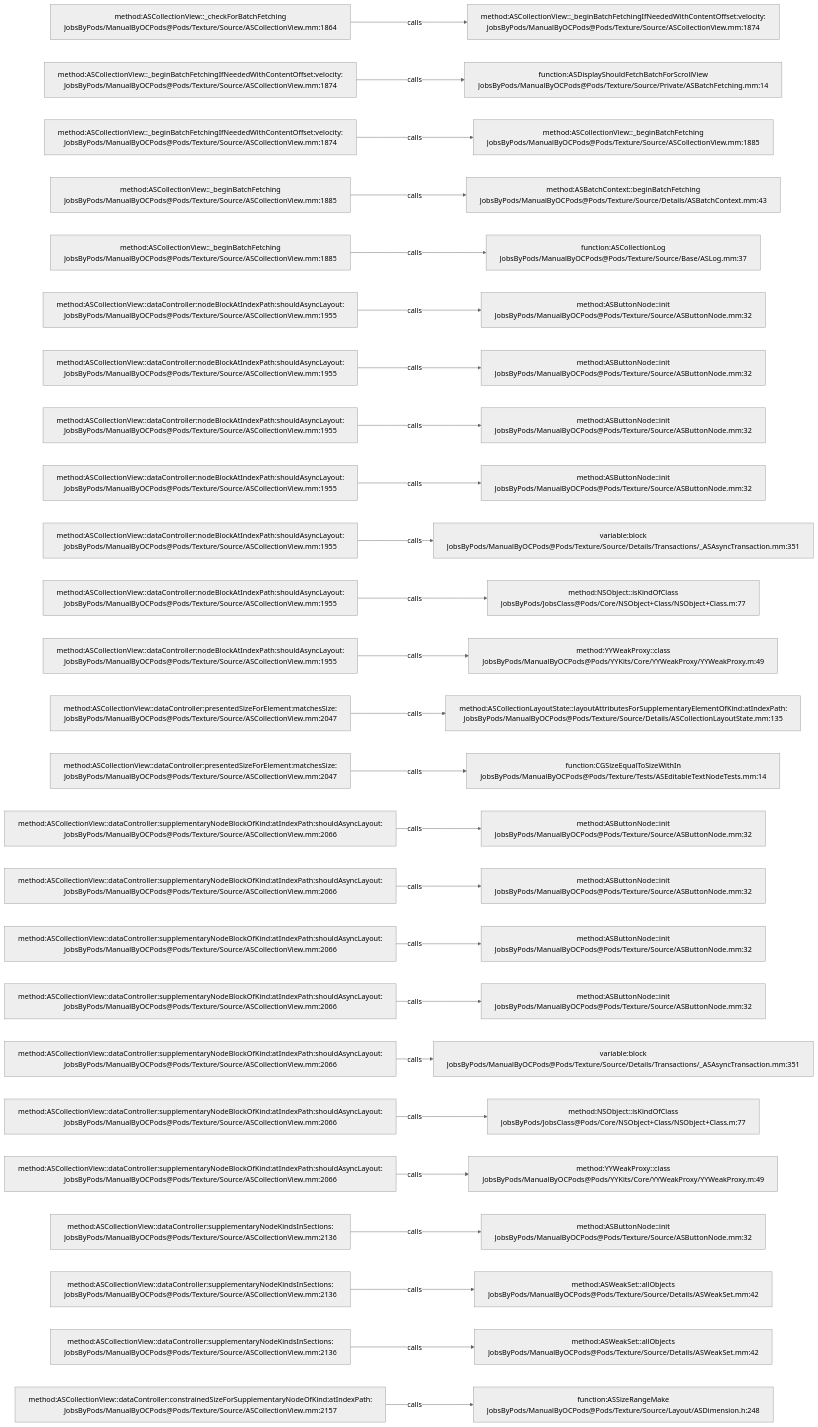
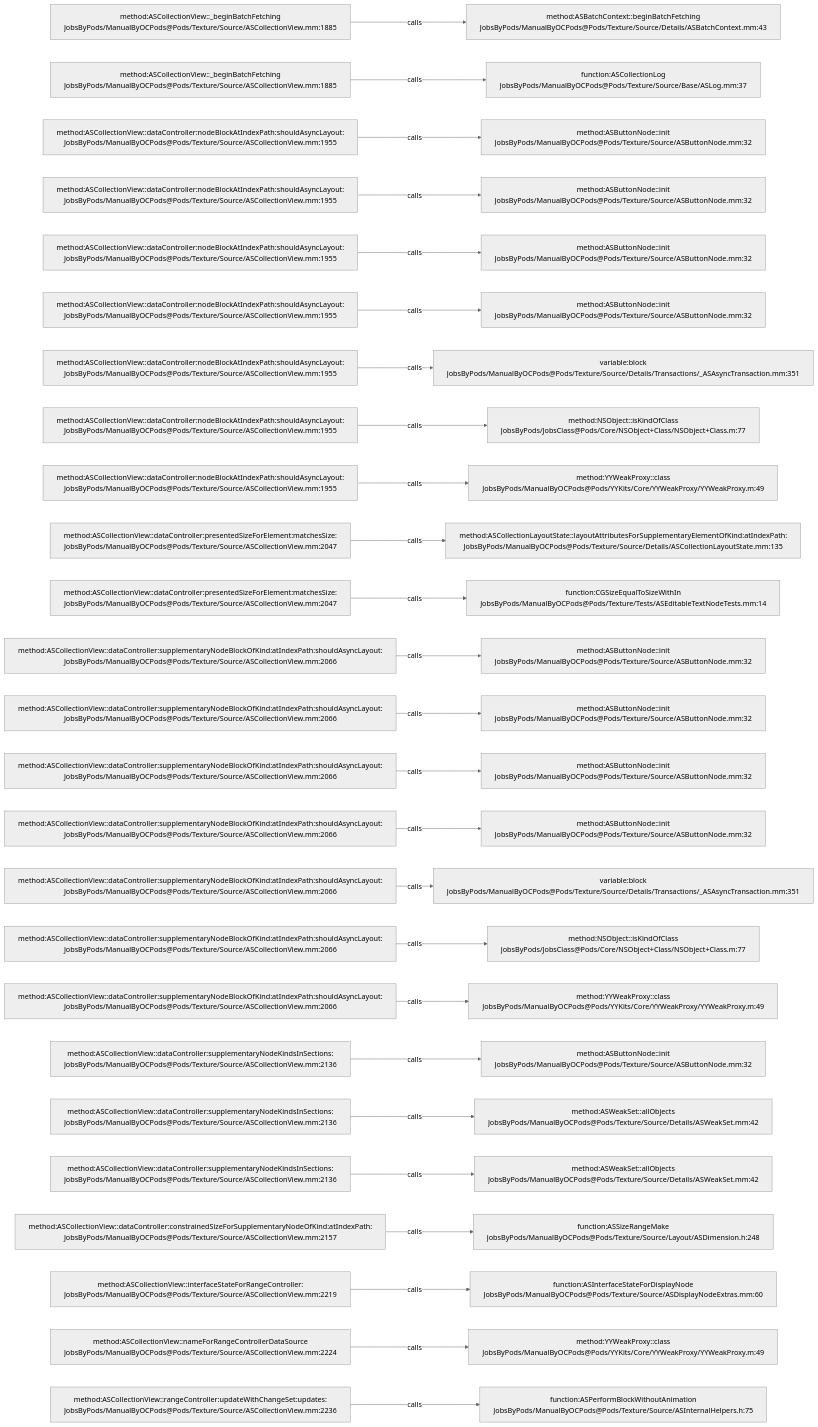
Before and after one commit to JobsKits/JobsOCBaseConfigDemo: the diagram in .codegraph/codegraph.md/graphs/calls-085.md, drawn with Mermaid (neutral theme). The commit also changed 342 other files, not shown here.

````diff
--- a/.codegraph/codegraph.md/graphs/calls-085.md
+++ b/.codegraph/codegraph.md/graphs/calls-085.md
@@ -13,78 +13,78 @@
 ```mermaid
 flowchart LR
-  S1["method:ASCollectionView::_checkForBatchFetching<br/>JobsByPods/ManualByOCPods@Pods/Texture/Source/ASCollectionView.mm:1864"]
-  T1["method:ASCollectionView::_beginBatchFetchingIfNeededWithContentOffset:velocity:<br/>JobsByPods/ManualByOCPods@Pods/Texture/Source/ASCollectionView.mm:1874"]
+  S1["method:ASCollectionView::_beginBatchFetching<br/>JobsByPods/ManualByOCPods@Pods/Texture/Source/ASCollectionView.mm:1885"]
+  T1["method:ASBatchContext::beginBatchFetching<br/>JobsByPods/ManualByOCPods@Pods/Texture/Source/Details/ASBatchContext.mm:43"]
   S1 -->|calls| T1
-  S2["method:ASCollectionView::_beginBatchFetchingIfNeededWithContentOffset:velocity:<br/>JobsByPods/ManualByOCPods@Pods/Texture/Source/ASCollectionView.mm:1874"]
-  T2["function:ASDisplayShouldFetchBatchForScrollView<br/>JobsByPods/ManualByOCPods@Pods/Texture/Source/Private/ASBatchFetching.mm:14"]
+  S2["method:ASCollectionView::_beginBatchFetching<br/>JobsByPods/ManualByOCPods@Pods/Texture/Source/ASCollectionView.mm:1885"]
+  T2["function:ASCollectionLog<br/>JobsByPods/ManualByOCPods@Pods/Texture/Source/Base/ASLog.mm:37"]
   S2 -->|calls| T2
-  S3["method:ASCollectionView::_beginBatchFetchingIfNeededWithContentOffset:velocity:<br/>JobsByPods/ManualByOCPods@Pods/Texture/Source/ASCollectionView.mm:1874"]
-  T3["method:ASCollectionView::_beginBatchFetching<br/>JobsByPods/ManualByOCPods@Pods/Texture/Source/ASCollectionView.mm:1885"]
+  S3["method:ASCollectionView::dataController:nodeBlockAtIndexPath:shouldAsyncLayout:<br/>JobsByPods/ManualByOCPods@Pods/Texture/Source/ASCollectionView.mm:1955"]
+  T3["method:ASButtonNode::init<br/>JobsByPods/ManualByOCPods@Pods/Texture/Source/ASButtonNode.mm:32"]
   S3 -->|calls| T3
-  S4["method:ASCollectionView::_beginBatchFetching<br/>JobsByPods/ManualByOCPods@Pods/Texture/Source/ASCollectionView.mm:1885"]
-  T4["method:ASBatchContext::beginBatchFetching<br/>JobsByPods/ManualByOCPods@Pods/Texture/Source/Details/ASBatchContext.mm:43"]
+  S4["method:ASCollectionView::dataController:nodeBlockAtIndexPath:shouldAsyncLayout:<br/>JobsByPods/ManualByOCPods@Pods/Texture/Source/ASCollectionView.mm:1955"]
+  T4["method:ASButtonNode::init<br/>JobsByPods/ManualByOCPods@Pods/Texture/Source/ASButtonNode.mm:32"]
   S4 -->|calls| T4
-  S5["method:ASCollectionView::_beginBatchFetching<br/>JobsByPods/ManualByOCPods@Pods/Texture/Source/ASCollectionView.mm:1885"]
-  T5["function:ASCollectionLog<br/>JobsByPods/ManualByOCPods@Pods/Texture/Source/Base/ASLog.mm:37"]
+  S5["method:ASCollectionView::dataController:nodeBlockAtIndexPath:shouldAsyncLayout:<br/>JobsByPods/ManualByOCPods@Pods/Texture/Source/ASCollectionView.mm:1955"]
+  T5["method:ASButtonNode::init<br/>JobsByPods/ManualByOCPods@Pods/Texture/Source/ASButtonNode.mm:32"]
   S5 -->|calls| T5
   S6["method:ASCollectionView::dataController:nodeBlockAtIndexPath:shouldAsyncLayout:<br/>JobsByPods/ManualByOCPods@Pods/Texture/Source/ASCollectionView.mm:1955"]
   T6["method:ASButtonNode::init<br/>JobsByPods/ManualByOCPods@Pods/Texture/Source/ASButtonNode.mm:32"]
   S6 -->|calls| T6
   S7["method:ASCollectionView::dataController:nodeBlockAtIndexPath:shouldAsyncLayout:<br/>JobsByPods/ManualByOCPods@Pods/Texture/Source/ASCollectionView.mm:1955"]
-  T7["method:ASButtonNode::init<br/>JobsByPods/ManualByOCPods@Pods/Texture/Source/ASButtonNode.mm:32"]
+  T7["variable:block<br/>JobsByPods/ManualByOCPods@Pods/Texture/Source/Details/Transactions/_ASAsyncTransaction.mm:351"]
   S7 -->|calls| T7
   S8["method:ASCollectionView::dataController:nodeBlockAtIndexPath:shouldAsyncLayout:<br/>JobsByPods/ManualByOCPods@Pods/Texture/Source/ASCollectionView.mm:1955"]
-  T8["method:ASButtonNode::init<br/>JobsByPods/ManualByOCPods@Pods/Texture/Source/ASButtonNode.mm:32"]
+  T8["method:NSObject::isKindOfClass<br/>JobsByPods/JobsClass@Pods/Core/NSObject+Class/NSObject+Class.m:77"]
   S8 -->|calls| T8
   S9["method:ASCollectionView::dataController:nodeBlockAtIndexPath:shouldAsyncLayout:<br/>JobsByPods/ManualByOCPods@Pods/Texture/Source/ASCollectionView.mm:1955"]
-  T9["method:ASButtonNode::init<br/>JobsByPods/ManualByOCPods@Pods/Texture/Source/ASButtonNode.mm:32"]
+  T9["method:YYWeakProxy::class<br/>JobsByPods/ManualByOCPods@Pods/YYKits/Core/YYWeakProxy/YYWeakProxy.m:49"]
   S9 -->|calls| T9
-  S10["method:ASCollectionView::dataController:nodeBlockAtIndexPath:shouldAsyncLayout:<br/>JobsByPods/ManualByOCPods@Pods/Texture/Source/ASCollectionView.mm:1955"]
-  T10["variable:block<br/>JobsByPods/ManualByOCPods@Pods/Texture/Source/Details/Transactions/_ASAsyncTransaction.mm:351"]
+  S10["method:ASCollectionView::dataController:presentedSizeForElement:matchesSize:<br/>JobsByPods/ManualByOCPods@Pods/Texture/Source/ASCollectionView.mm:2047"]
+  T10["method:ASCollectionLayoutState::layoutAttributesForSupplementaryElementOfKind:atIndexPath:<br/>JobsByPods/ManualByOCPods@Pods/Texture/Source/Details/ASCollectionLayoutState.mm:135"]
   S10 -->|calls| T10
-  S11["method:ASCollectionView::dataController:nodeBlockAtIndexPath:shouldAsyncLayout:<br/>JobsByPods/ManualByOCPods@Pods/Texture/Source/ASCollectionView.mm:1955"]
-  T11["method:NSObject::isKindOfClass<br/>JobsByPods/JobsClass@Pods/Core/NSObject+Class/NSObject+Class.m:77"]
+  S11["method:ASCollectionView::dataController:presentedSizeForElement:matchesSize:<br/>JobsByPods/ManualByOCPods@Pods/Texture/Source/ASCollectionView.mm:2047"]
+  T11["function:CGSizeEqualToSizeWithIn<br/>JobsByPods/ManualByOCPods@Pods/Texture/Tests/ASEditableTextNodeTests.mm:14"]
   S11 -->|calls| T11
-  S12["method:ASCollectionView::dataController:nodeBlockAtIndexPath:shouldAsyncLayout:<br/>JobsByPods/ManualByOCPods@Pods/Texture/Source/ASCollectionView.mm:1955"]
-  T12["method:YYWeakProxy::class<br/>JobsByPods/ManualByOCPods@Pods/YYKits/Core/YYWeakProxy/YYWeakProxy.m:49"]
+  S12["method:ASCollectionView::dataController:supplementaryNodeBlockOfKind:atIndexPath:shouldAsyncLayout:<br/>JobsByPods/ManualByOCPods@Pods/Texture/Source/ASCollectionView.mm:2066"]
+  T12["method:ASButtonNode::init<br/>JobsByPods/ManualByOCPods@Pods/Texture/Source/ASButtonNode.mm:32"]
   S12 -->|calls| T12
-  S13["method:ASCollectionView::dataController:presentedSizeForElement:matchesSize:<br/>JobsByPods/ManualByOCPods@Pods/Texture/Source/ASCollectionView.mm:2047"]
-  T13["method:ASCollectionLayoutState::layoutAttributesForSupplementaryElementOfKind:atIndexPath:<br/>JobsByPods/ManualByOCPods@Pods/Texture/Source/Details/ASCollectionLayoutState.mm:135"]
+  S13["method:ASCollectionView::dataController:supplementaryNodeBlockOfKind:atIndexPath:shouldAsyncLayout:<br/>JobsByPods/ManualByOCPods@Pods/Texture/Source/ASCollectionView.mm:2066"]
+  T13["method:ASButtonNode::init<br/>JobsByPods/ManualByOCPods@Pods/Texture/Source/ASButtonNode.mm:32"]
   S13 -->|calls| T13
-  S14["method:ASCollectionView::dataController:presentedSizeForElement:matchesSize:<br/>JobsByPods/ManualByOCPods@Pods/Texture/Source/ASCollectionView.mm:2047"]
-  T14["function:CGSizeEqualToSizeWithIn<br/>JobsByPods/ManualByOCPods@Pods/Texture/Tests/ASEditableTextNodeTests.mm:14"]
+  S14["method:ASCollectionView::dataController:supplementaryNodeBlockOfKind:atIndexPath:shouldAsyncLayout:<br/>JobsByPods/ManualByOCPods@Pods/Texture/Source/ASCollectionView.mm:2066"]
+  T14["method:ASButtonNode::init<br/>JobsByPods/ManualByOCPods@Pods/Texture/Source/ASButtonNode.mm:32"]
   S14 -->|calls| T14
   S15["method:ASCollectionView::dataController:supplementaryNodeBlockOfKind:atIndexPath:shouldAsyncLayout:<br/>JobsByPods/ManualByOCPods@Pods/Texture/Source/ASCollectionView.mm:2066"]
   T15["method:ASButtonNode::init<br/>JobsByPods/ManualByOCPods@Pods/Texture/Source/ASButtonNode.mm:32"]
   S15 -->|calls| T15
   S16["method:ASCollectionView::dataController:supplementaryNodeBlockOfKind:atIndexPath:shouldAsyncLayout:<br/>JobsByPods/ManualByOCPods@Pods/Texture/Source/ASCollectionView.mm:2066"]
-  T16["method:ASButtonNode::init<br/>JobsByPods/ManualByOCPods@Pods/Texture/Source/ASButtonNode.mm:32"]
+  T16["variable:block<br/>JobsByPods/ManualByOCPods@Pods/Texture/Source/Details/Transactions/_ASAsyncTransaction.mm:351"]
   S16 -->|calls| T16
   S17["method:ASCollectionView::dataController:supplementaryNodeBlockOfKind:atIndexPath:shouldAsyncLayout:<br/>JobsByPods/ManualByOCPods@Pods/Texture/Source/ASCollectionView.mm:2066"]
-  T17["method:ASButtonNode::init<br/>JobsByPods/ManualByOCPods@Pods/Texture/Source/ASButtonNode.mm:32"]
+  T17["method:NSObject::isKindOfClass<br/>JobsByPods/JobsClass@Pods/Core/NSObject+Class/NSObject+Class.m:77"]
   S17 -->|calls| T17
   S18["method:ASCollectionView::dataController:supplementaryNodeBlockOfKind:atIndexPath:shouldAsyncLayout:<br/>JobsByPods/ManualByOCPods@Pods/Texture/Source/ASCollectionView.mm:2066"]
-  T18["method:ASButtonNode::init<br/>JobsByPods/ManualByOCPods@Pods/Texture/Source/ASButtonNode.mm:32"]
+  T18["method:YYWeakProxy::class<br/>JobsByPods/ManualByOCPods@Pods/YYKits/Core/YYWeakProxy/YYWeakProxy.m:49"]
   S18 -->|calls| T18
-  S19["method:ASCollectionView::dataController:supplementaryNodeBlockOfKind:atIndexPath:shouldAsyncLayout:<br/>JobsByPods/ManualByOCPods@Pods/Texture/Source/ASCollectionView.mm:2066"]
-  T19["variable:block<br/>JobsByPods/ManualByOCPods@Pods/Texture/Source/Details/Transactions/_ASAsyncTransaction.mm:351"]
+  S19["method:ASCollectionView::dataController:supplementaryNodeKindsInSections:<br/>JobsByPods/ManualByOCPods@Pods/Texture/Source/ASCollectionView.mm:2136"]
+  T19["method:ASButtonNode::init<br/>JobsByPods/ManualByOCPods@Pods/Texture/Source/ASButtonNode.mm:32"]
   S19 -->|calls| T19
-  S20["method:ASCollectionView::dataController:supplementaryNodeBlockOfKind:atIndexPath:shouldAsyncLayout:<br/>JobsByPods/ManualByOCPods@Pods/Texture/Source/ASCollectionView.mm:2066"]
-  T20["method:NSObject::isKindOfClass<br/>JobsByPods/JobsClass@Pods/Core/NSObject+Class/NSObject+Class.m:77"]
+  S20["method:ASCollectionView::dataController:supplementaryNodeKindsInSections:<br/>JobsByPods/ManualByOCPods@Pods/Texture/Source/ASCollectionView.mm:2136"]
+  T20["method:ASWeakSet::allObjects<br/>JobsByPods/ManualByOCPods@Pods/Texture/Source/Details/ASWeakSet.mm:42"]
   S20 -->|calls| T20
-  S21["method:ASCollectionView::dataController:supplementaryNodeBlockOfKind:atIndexPath:shouldAsyncLayout:<br/>JobsByPods/ManualByOCPods@Pods/Texture/Source/ASCollectionView.mm:2066"]
-  T21["method:YYWeakProxy::class<br/>JobsByPods/ManualByOCPods@Pods/YYKits/Core/YYWeakProxy/YYWeakProxy.m:49"]
+  S21["method:ASCollectionView::dataController:supplementaryNodeKindsInSections:<br/>JobsByPods/ManualByOCPods@Pods/Texture/Source/ASCollectionView.mm:2136"]
+  T21["method:ASWeakSet::allObjects<br/>JobsByPods/ManualByOCPods@Pods/Texture/Source/Details/ASWeakSet.mm:42"]
   S21 -->|calls| T21
-  S22["method:ASCollectionView::dataController:supplementaryNodeKindsInSections:<br/>JobsByPods/ManualByOCPods@Pods/Texture/Source/ASCollectionView.mm:2136"]
-  T22["method:ASButtonNode::init<br/>JobsByPods/ManualByOCPods@Pods/Texture/Source/ASButtonNode.mm:32"]
+  S22["method:ASCollectionView::dataController:constrainedSizeForSupplementaryNodeOfKind:atIndexPath:<br/>JobsByPods/ManualByOCPods@Pods/Texture/Source/ASCollectionView.mm:2157"]
+  T22["function:ASSizeRangeMake<br/>JobsByPods/ManualByOCPods@Pods/Texture/Source/Layout/ASDimension.h:248"]
   S22 -->|calls| T22
-  S23["method:ASCollectionView::dataController:supplementaryNodeKindsInSections:<br/>JobsByPods/ManualByOCPods@Pods/Texture/Source/ASCollectionView.mm:2136"]
-  T23["method:ASWeakSet::allObjects<br/>JobsByPods/ManualByOCPods@Pods/Texture/Source/Details/ASWeakSet.mm:42"]
+  S23["method:ASCollectionView::interfaceStateForRangeController:<br/>JobsByPods/ManualByOCPods@Pods/Texture/Source/ASCollectionView.mm:2219"]
+  T23["function:ASInterfaceStateForDisplayNode<br/>JobsByPods/ManualByOCPods@Pods/Texture/Source/ASDisplayNodeExtras.mm:60"]
   S23 -->|calls| T23
-  S24["method:ASCollectionView::dataController:supplementaryNodeKindsInSections:<br/>JobsByPods/ManualByOCPods@Pods/Texture/Source/ASCollectionView.mm:2136"]
-  T24["method:ASWeakSet::allObjects<br/>JobsByPods/ManualByOCPods@Pods/Texture/Source/Details/ASWeakSet.mm:42"]
+  S24["method:ASCollectionView::nameForRangeControllerDataSource<br/>JobsByPods/ManualByOCPods@Pods/Texture/Source/ASCollectionView.mm:2224"]
+  T24["method:YYWeakProxy::class<br/>JobsByPods/ManualByOCPods@Pods/YYKits/Core/YYWeakProxy/YYWeakProxy.m:49"]
   S24 -->|calls| T24
-  S25["method:ASCollectionView::dataController:constrainedSizeForSupplementaryNodeOfKind:atIndexPath:<br/>JobsByPods/ManualByOCPods@Pods/Texture/Source/ASCollectionView.mm:2157"]
-  T25["function:ASSizeRangeMake<br/>JobsByPods/ManualByOCPods@Pods/Texture/Source/Layout/ASDimension.h:248"]
+  S25["method:ASCollectionView::rangeController:updateWithChangeSet:updates:<br/>JobsByPods/ManualByOCPods@Pods/Texture/Source/ASCollectionView.mm:2236"]
+  T25["function:ASPerformBlockWithoutAnimation<br/>JobsByPods/ManualByOCPods@Pods/Texture/Source/ASInternalHelpers.h:75"]
   S25 -->|calls| T25
 ```
````
